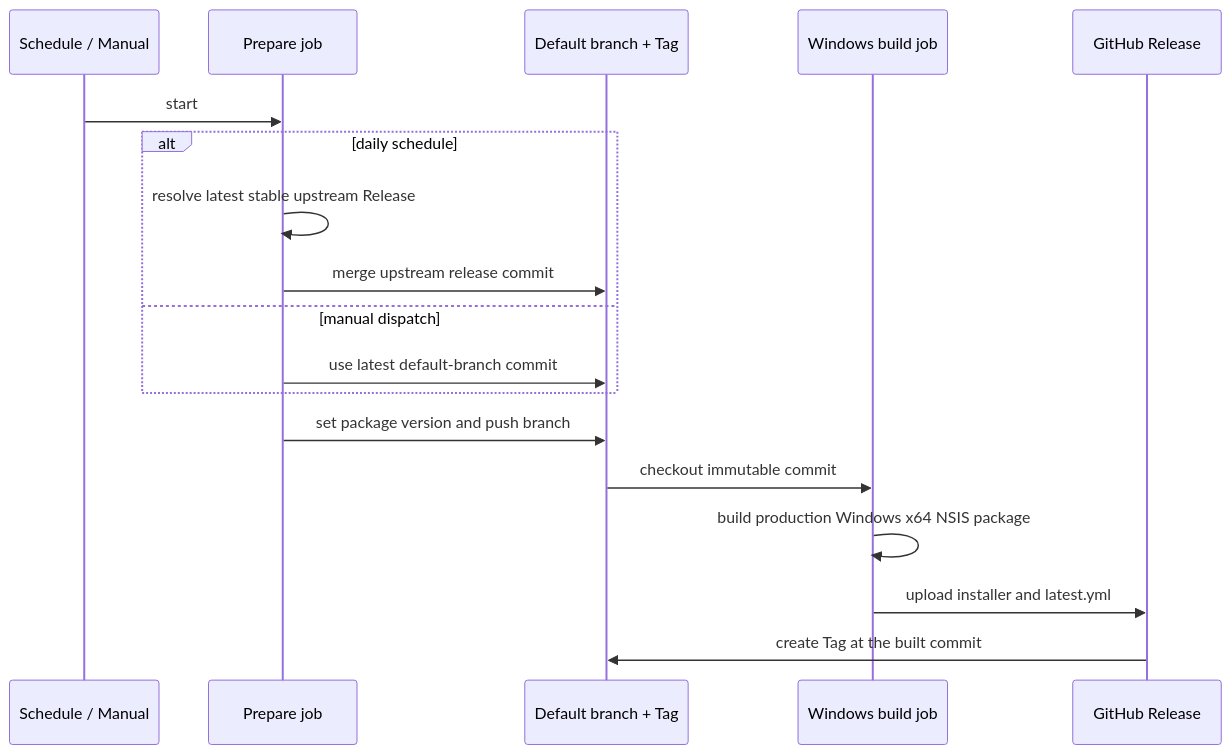
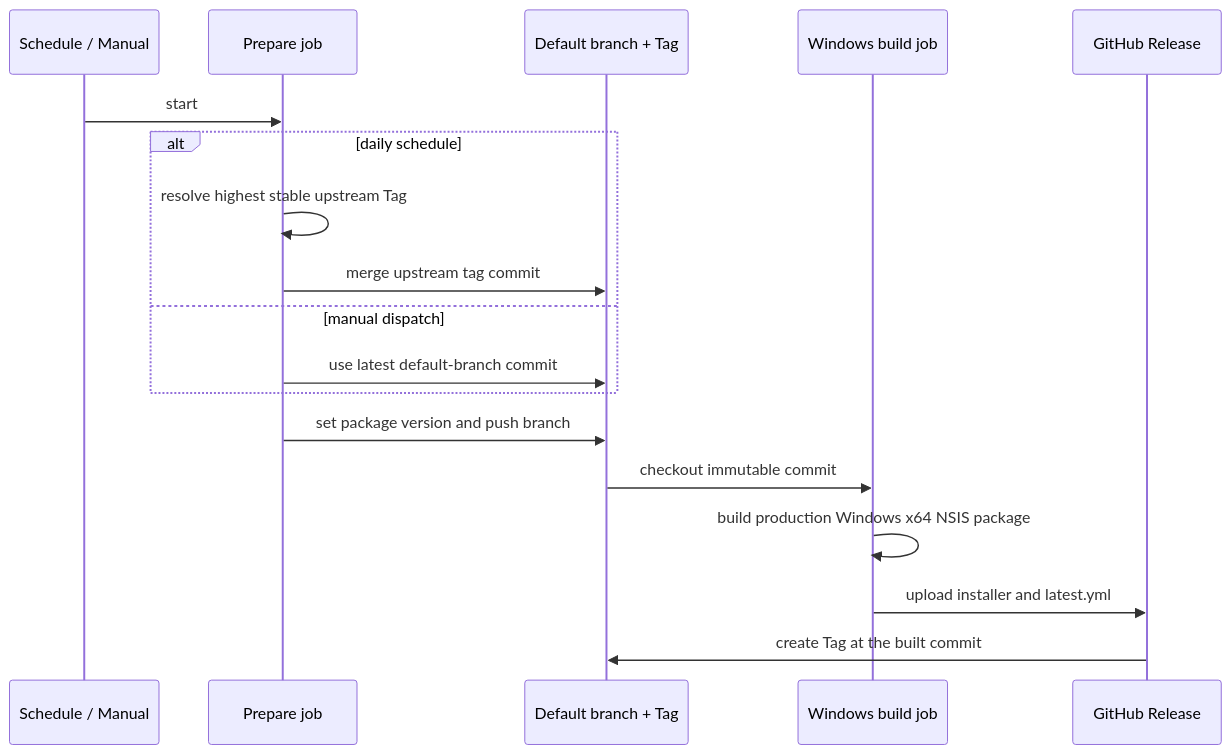
The diagram in docs/specs/upstream-windows-release.md (railzen/ZCode), drawn with Mermaid before and after one commit. The commit also changed other lines of this file and 1 other file, not shown here.

Commit message:
Fix:Fellow stream tag to package

````diff
--- a/docs/specs/upstream-windows-release.md
+++ b/docs/specs/upstream-windows-release.md
@@ -22,21 +22,21 @@
 ```mermaid
 sequenceDiagram
     participant Trigger as Schedule / Manual
     participant Prepare as Prepare job
     participant Git as Default branch + Tag
     participant Build as Windows build job
     participant Release as GitHub Release
 
     Trigger->>Prepare: start
     alt daily schedule
-        Prepare->>Prepare: resolve latest stable upstream Release
-        Prepare->>Git: merge upstream release commit
+        Prepare->>Prepare: resolve highest stable upstream Tag
+        Prepare->>Git: merge upstream tag commit
     else manual dispatch
         Prepare->>Git: use latest default-branch commit
     end
     Prepare->>Git: set package version and push branch
     Git->>Build: checkout immutable commit
     Build->>Build: build production Windows x64 NSIS package
     Build->>Release: upload installer and latest.yml
     Release->>Git: create Tag at the built commit
 ```
````
